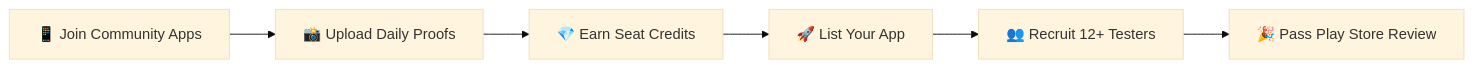
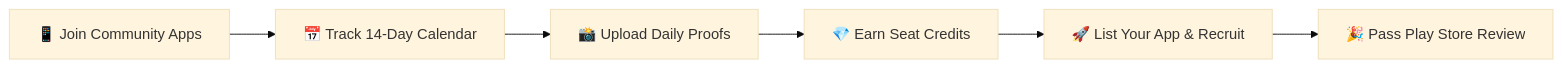
Before and after one commit to wireforgestudio/Tester_Exchange_Releases: the diagram in README.md, drawn with Mermaid (base theme). The commit also changed other lines of this file, not shown here.

Commit message:
Docs: Update public release README for v2.0.0 with 14-day date trackline, seat engine, lightbox, and pause toggle

````diff
--- a/README.md
+++ b/README.md
@@ -34,8 +34,8 @@
 ```mermaid
 flowchart LR
-    A[📱 Join Community Apps] --> B[📸 Upload Daily Proofs]
-    B --> C[💎 Earn Seat Credits]
-    C --> D[🚀 List Your App]
-    D --> E[👥 Recruit 12+ Testers]
+    A[📱 Join Community Apps] --> B[📅 Track 14-Day Calendar]
+    B --> C[📸 Upload Daily Proofs]
+    C --> D[💎 Earn Seat Credits]
+    D --> E[🚀 List Your App & Recruit]
     E --> F[🎉 Pass Play Store Review]
 ```
````
